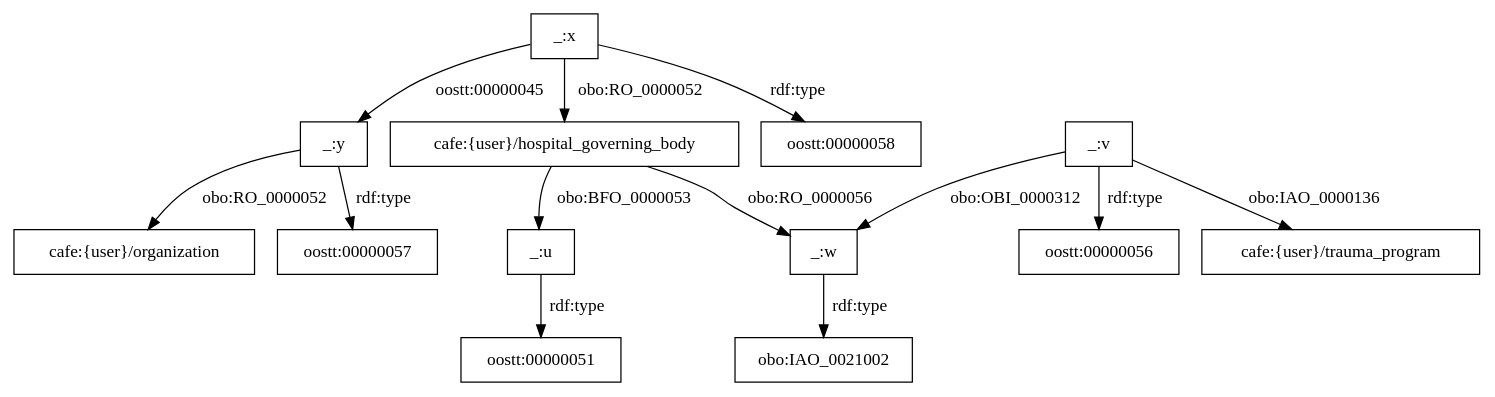
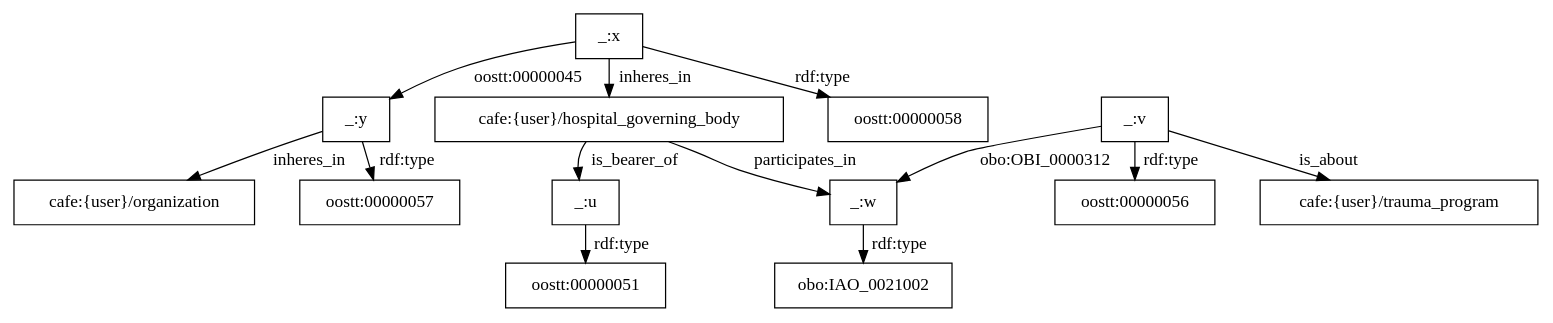
One commit to utecht/dideo-server changed the diagram in cafe/graphs/2.dot. Above: the diagram before and after it, drawn with Graphviz. The commit also changed 19 other files, not shown here.

Commit message:
changed graph format, added more statements

```diff
--- a/cafe/graphs/2.dot
+++ b/cafe/graphs/2.dot
@@ -1,14 +1,15 @@
 digraph g { node [shape=rectangle];
-"_:y" -> "cafe:{user}/organization" [label="obo:RO_0000052"]
+graph [splines=true, nodesep=.5, ranksep=0, overlap=false];
+"_:y" -> "cafe:{user}/organization" [label="inheres_in"]
 "_:y" -> "oostt:00000057" [label="rdf:type"]
 "_:x" -> "_:y" [label="oostt:00000045"]
-"_:x" -> "cafe:{user}/hospital_governing_body" [label="obo:RO_0000052"]
+"_:x" -> "cafe:{user}/hospital_governing_body" [label="inheres_in"]
 "_:x" -> "oostt:00000058" [label="rdf:type"]
-"cafe:{user}/hospital_governing_body" -> "_:u" [label="obo:BFO_0000053"]
+"cafe:{user}/hospital_governing_body" -> "_:u" [label="is_bearer_of"]
 "_:u" -> "oostt:00000051" [label="rdf:type"]
-"cafe:{user}/hospital_governing_body" -> "_:w" [label="obo:RO_0000056"]
+"cafe:{user}/hospital_governing_body" -> "_:w" [label="participates_in"]
 "_:w" -> "obo:IAO_0021002" [label="rdf:type"]
 "_:v" -> "_:w" [label="obo:OBI_0000312"]
 "_:v" -> "oostt:00000056" [label="rdf:type"]
-"_:v" -> "cafe:{user}/trauma_program" [label="obo:IAO_0000136"]
+"_:v" -> "cafe:{user}/trauma_program" [label="is_about"]
 }
```
